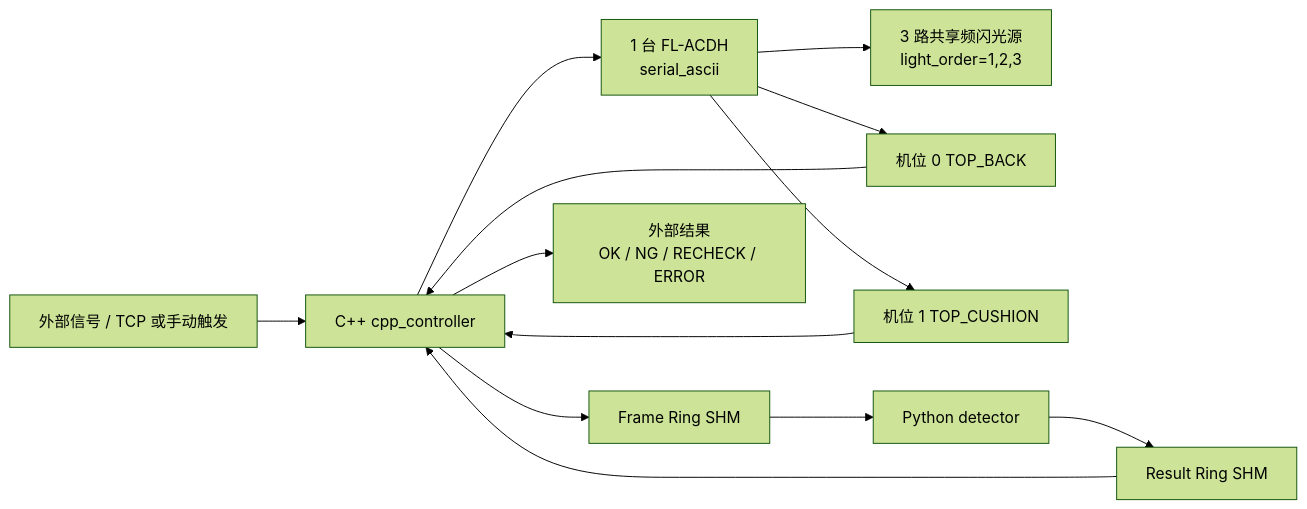
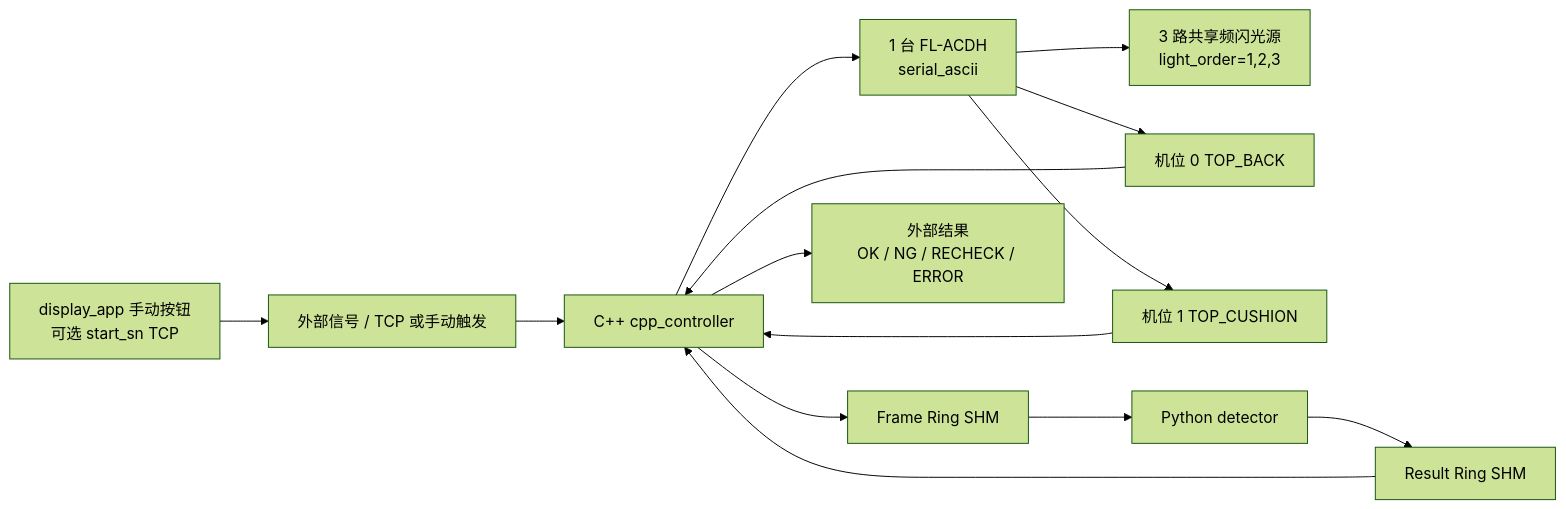
The diagram in README.md (celien99/seat-surface-aoi), drawn with Mermaid (forest theme) before and after one commit. The commit also changed other lines of this file and 10 other files, not shown here.

````diff
--- a/README.md
+++ b/README.md
@@ -7,15 +7,16 @@
 ```mermaid
 flowchart LR
-  Signal["外部信号 / TCP 或手动触发"] --> CXX["C++ cpp_controller"]
+  Display["display_app 手动按钮\n可选 start_sn TCP"] --> Signal["外部信号 / TCP 或手动触发"]
+  Signal --> CXX["C++ cpp_controller"]
   CXX --> Light["1 台 FL-ACDH\nserial_ascii"]
   Light --> Lamps["3 路共享频闪光源\nlight_order=1,2,3"]
   Light --> Cam0["机位 0 TOP_BACK"]
   Light --> Cam1["机位 1 TOP_CUSHION"]
   Cam0 --> CXX
   Cam1 --> CXX
   CXX --> Frames["Frame Ring SHM"]
   Frames --> Py["Python detector"]
   Py --> Results["Result Ring SHM"]
   Results --> CXX
   CXX --> Output["外部结果\nOK / NG / RECHECK / ERROR"]
 ```
````
